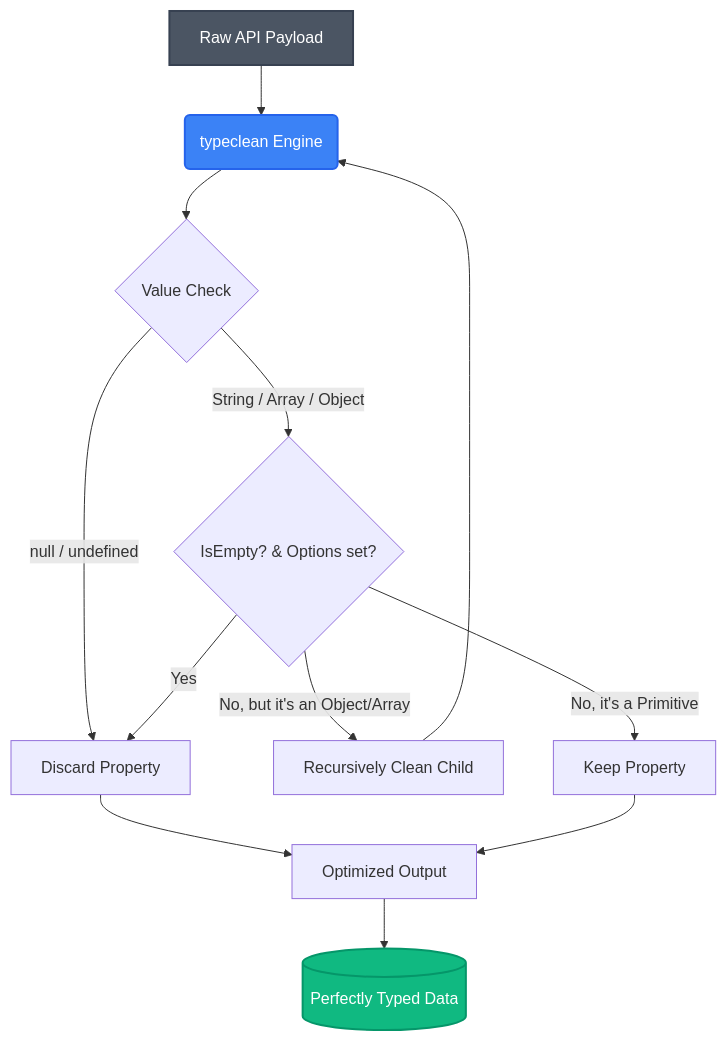
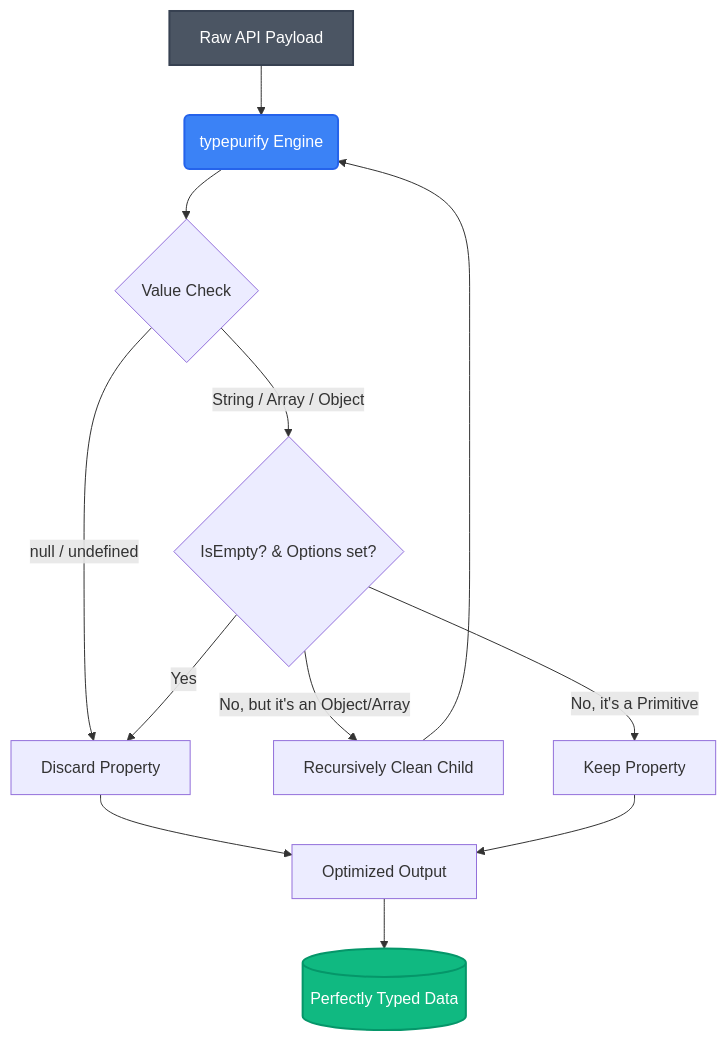
Before and after one commit to vallarasuk/typepurify: the diagram in README.md, drawn with Mermaid. The commit also changed other lines of this file, not shown here.

Commit message:
docs: update all remaining typeclean references to typepurify

````diff
--- a/README.md
+++ b/README.md
@@ -24,22 +24,22 @@
 ```mermaid
 graph TD
-    A[Raw API Payload] --> B(typeclean Engine)
+    A[Raw API Payload] --> B(typepurify Engine)
     B --> C{Value Check}
 
     C -->|null / undefined| D[Discard Property]
     C -->|String / Array / Object| E{IsEmpty? & Options set?}
 
     E -->|Yes| D
     E -->|No, but it's an Object/Array| F[Recursively Clean Child]
     E -->|No, it's a Primitive| G[Keep Property]
 
     F --> B
     D --> H[Optimized Output]
     G --> H
 
     H --> I[(Perfectly Typed Data)]
 
     style A fill:#4b5563,stroke:#374151,stroke-width:2px,color:#fff
     style B fill:#3b82f6,stroke:#2563eb,stroke-width:2px,color:#fff
     style I fill:#10b981,stroke:#059669,stroke-width:2px,color:#fff
 ```
````
